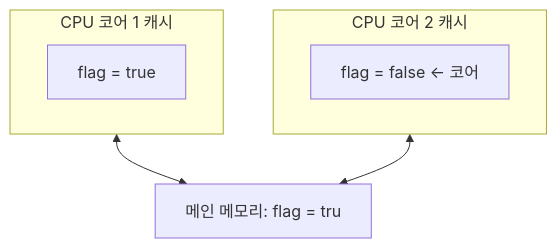
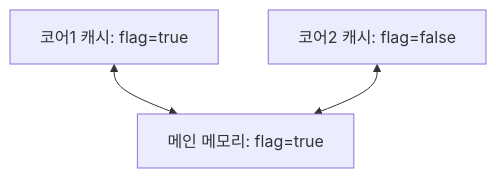
The sixth of 17 diagrams in _posts/java/2026-05-01-java-thread.md (yjkim2015/yjkim2015.github.io), drawn with Mermaid before and after one commit. The commit also changed other lines of this file and 155 other files, not shown here.

First line of the commit message:
Mermaid 전면 수정: subgraph 제거, participant/노드/줄수 축소 (342블록)

````diff
--- a/_posts/java/2026-05-01-java-thread.md
+++ b/_posts/java/2026-05-01-java-thread.md
@@ -406,12 +402,8 @@
 ```mermaid
 graph TD
-  subgraph Core1["CPU 코어 1 캐시"]
-    F1["flag = true"]
-  end
-  subgraph Core2["CPU 코어 2 캐시"]
-    F2["flag = false ← 코어"]
-  end
-  MM["메인 메모리: flag = tru"]
-  Core1 <--> MM
-  Core2 <--> MM
+  F1["코어1 캐시: flag=true"]
+  F2["코어2 캐시: flag=false"]
+  MM["메인 메모리: flag=true"]
+  F1 <--> MM
+  F2 <--> MM
 ```
````
